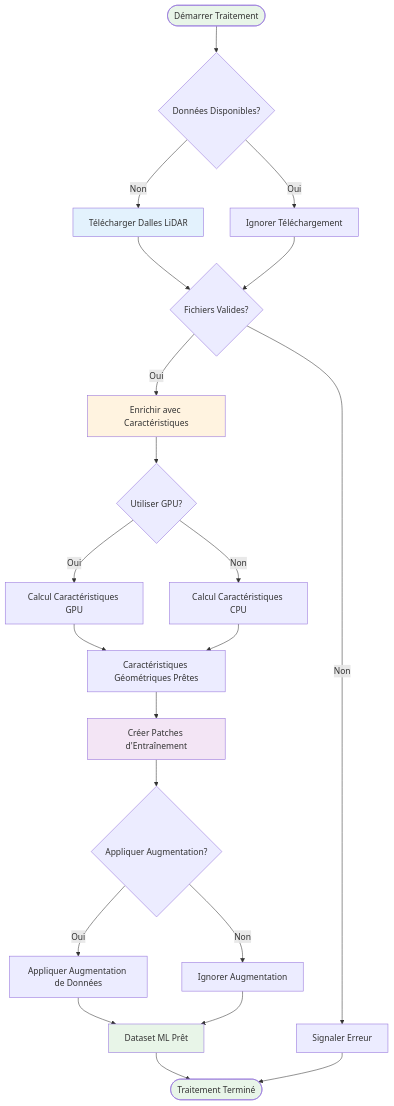
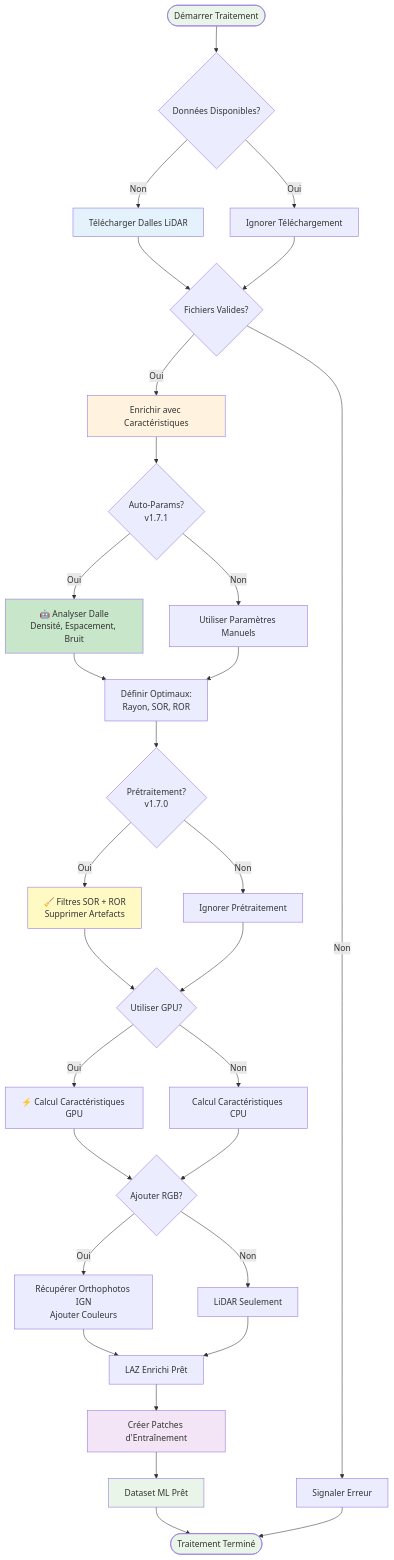
The first of 7 diagrams in website/i18n/fr/docusaurus-plugin-content-docs/current/workflows.md (sducournau/IGN_LIDAR_HD_DATASET), drawn with Mermaid before and after one commit. The commit also changed other lines of this file and 32 other files, not shown here.

````diff
--- a/website/i18n/fr/docusaurus-plugin-content-docs/current/workflows.md
+++ b/website/i18n/fr/docusaurus-plugin-content-docs/current/workflows.md
@@ -25,37 +25,52 @@
 ```mermaid
 flowchart TD
     Start([Démarrer Traitement]) --> Check{Données Disponibles?}
     Check -->|Non| Download[Télécharger Dalles LiDAR]
     Check -->|Oui| Skip1[Ignorer Téléchargement]
 
     Download --> Validate{Fichiers Valides?}
     Skip1 --> Validate
     Validate -->|Non| Error1[Signaler Erreur]
     Validate -->|Oui| Enrich[Enrichir avec Caractéristiques]
 
-    Enrich --> GPU{Utiliser GPU?}
-    GPU -->|Oui| GPU_Process[Calcul Caractéristiques GPU]
+    Enrich --> AutoParams{Auto-Params?<br/>v1.7.1}
+    AutoParams -->|Oui| Analyze[🤖 Analyser Dalle<br/>Densité, Espacement, Bruit]
+    AutoParams -->|Non| Manual[Utiliser Paramètres Manuels]
+
+    Analyze --> SetParams[Définir Optimaux:<br/>Rayon, SOR, ROR]
+    Manual --> SetParams
+
+    SetParams --> Preprocess{Prétraitement?<br/>v1.7.0}
+    Preprocess -->|Oui| CleanData[🧹 Filtres SOR + ROR<br/>Supprimer Artefacts]
+    Preprocess -->|Non| SkipClean[Ignorer Prétraitement]
+
+    CleanData --> GPU{Utiliser GPU?}
+    SkipClean --> GPU
+
+    GPU -->|Oui| GPU_Process[⚡ Calcul Caractéristiques GPU]
     GPU -->|Non| CPU_Process[Calcul Caractéristiques CPU]
 
-    GPU_Process --> Features[Caractéristiques Géométriques Prêtes]
-    CPU_Process --> Features
+    GPU_Process --> RGB{Ajouter RGB?}
+    CPU_Process --> RGB
+
+    RGB -->|Oui| FetchRGB[Récupérer Orthophotos IGN<br/>Ajouter Couleurs]
+    RGB -->|Non| SkipRGB[LiDAR Seulement]
+
+    FetchRGB --> Features[LAZ Enrichi Prêt]
+    SkipRGB --> Features
 
     Features --> Process[Créer Patches d'Entraînement]
-    Process --> Augment{Appliquer Augmentation?}
-
-    Augment -->|Oui| Aug_Process[Appliquer Augmentation de Données]
-    Augment -->|Non| NoAug[Ignorer Augmentation]
-
-    Aug_Process --> Output[Dataset ML Prêt]
-    NoAug --> Output
+    Process --> Output[Dataset ML Prêt]
     Output --> End([Traitement Terminé])
 
     Error1 --> End
 
     style Start fill:#e8f5e8
     style End fill:#e8f5e8
     style Download fill:#e3f2fd
+    style Analyze fill:#c8e6c9
+    style CleanData fill:#fff9c4
     style Enrich fill:#fff3e0
     style Process fill:#f3e5f5
     style Output fill:#e8f5e8
 ```
````
